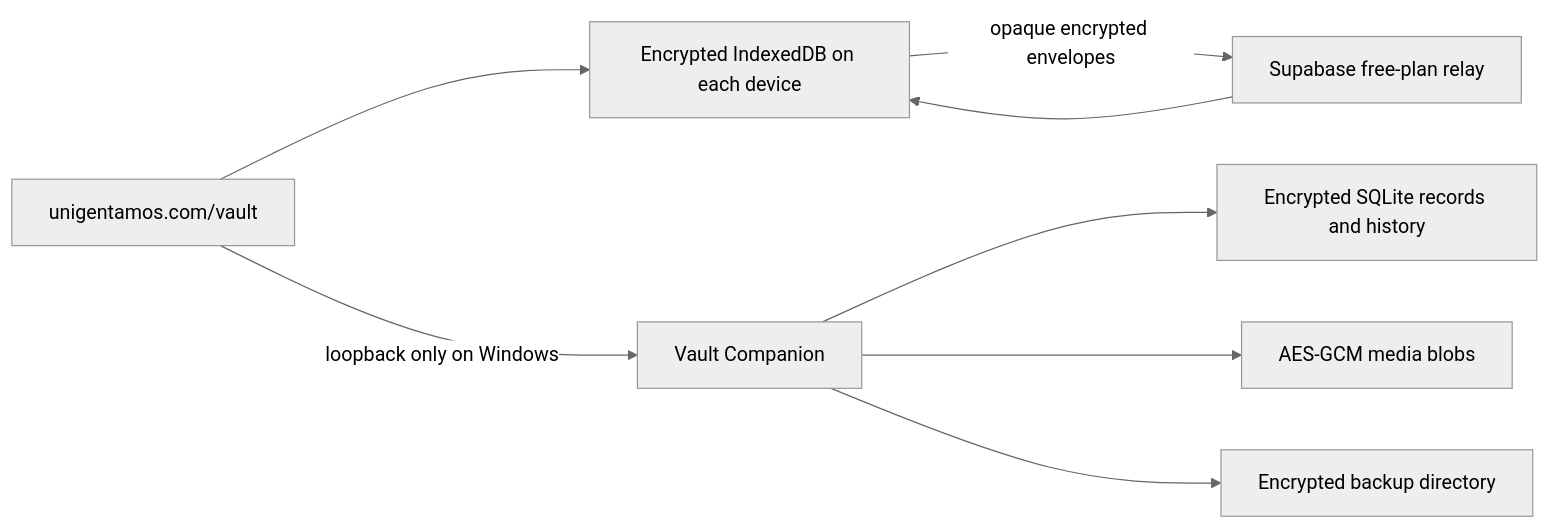
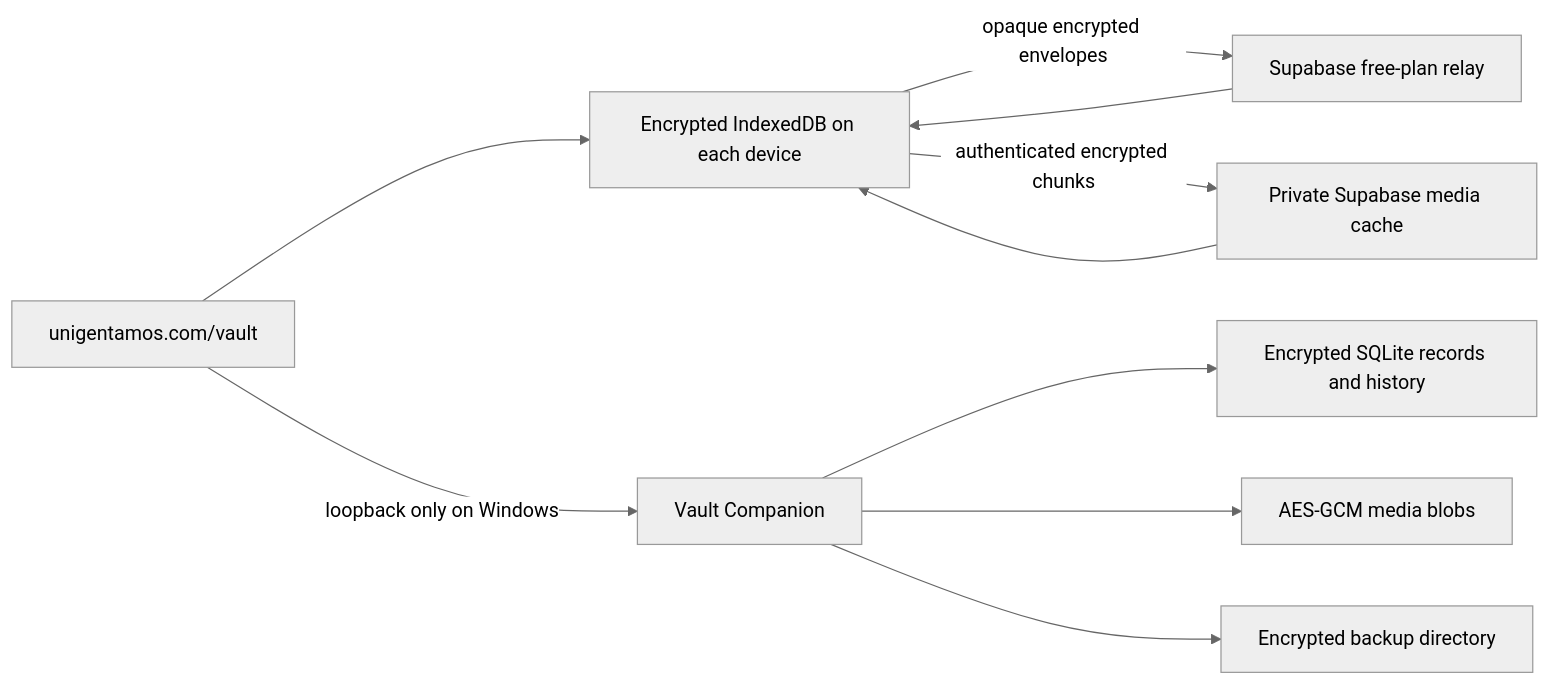
Before and after one commit to ocnbtl/projectfremen: the diagram in docs/18-Local-First-Vault-Architecture.md, drawn with Mermaid (neutral theme). The commit also changed other lines of this file, not shown here.

Commit message:
Document completed vault recovery architecture

````diff
--- a/docs/18-Local-First-Vault-Architecture.md
+++ b/docs/18-Local-First-Vault-Architecture.md
@@ -17,10 +17,12 @@
 ```mermaid
 flowchart LR
   UI["unigentamos.com/vault"] --> IDB["Encrypted IndexedDB on each device"]
   IDB -->|"opaque encrypted envelopes"| Relay["Supabase free-plan relay"]
   Relay --> IDB
+  IDB -->|"authenticated encrypted chunks"| MediaRelay["Private Supabase media cache"]
+  MediaRelay --> IDB
   UI -->|"loopback only on Windows"| Companion["Vault Companion"]
   Companion --> SQLite["Encrypted SQLite records and history"]
   Companion --> Media["AES-GCM media blobs"]
   Companion --> Backup["Encrypted backup directory"]
 ```
````
